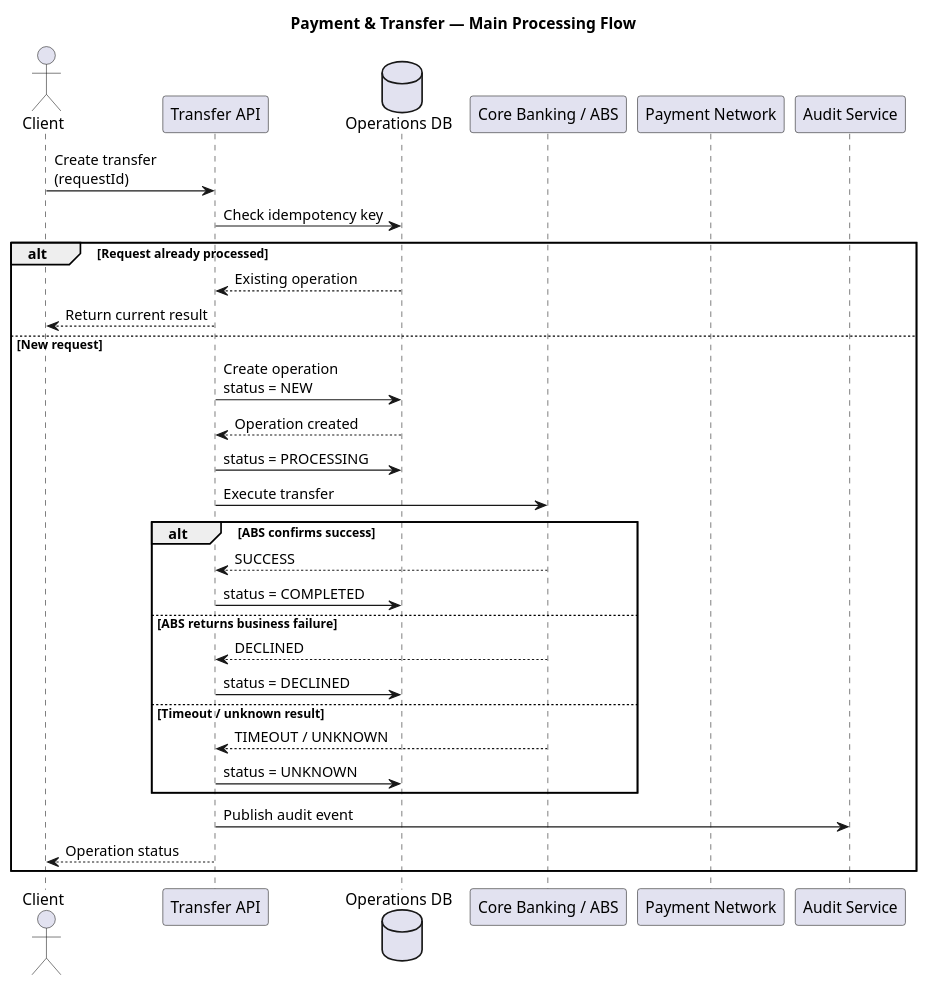
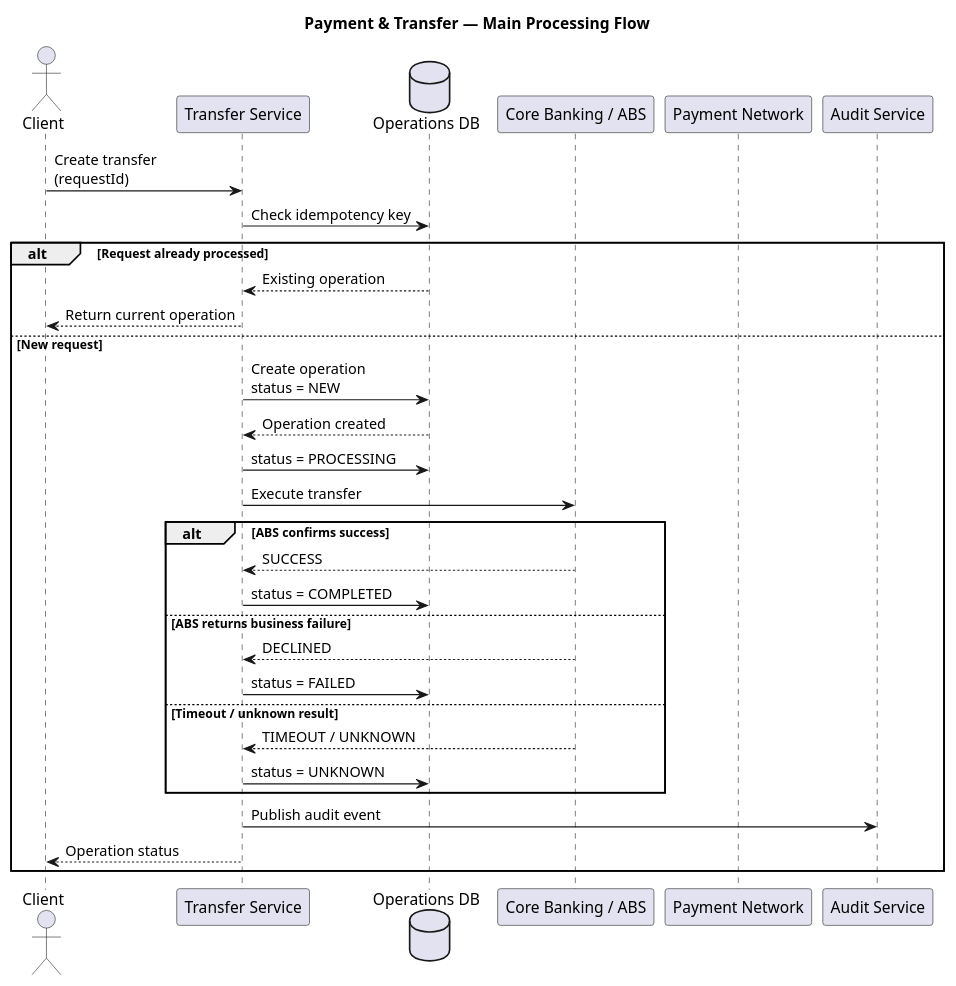
One commit to konstantin-kuzovkin/architecture-portfolio changed the diagram in 01-payment-transfer-architecture/diagrams/sequence.puml. Above: the diagram before and after it, drawn with PlantUML.

```diff
--- a/01-payment-transfer-architecture/diagrams/sequence.puml
+++ b/01-payment-transfer-architecture/diagrams/sequence.puml
@@ -1,32 +1,52 @@
 @startuml
+
 title Payment & Transfer — Main Processing Flow
+
 actor Client
-participant "Transfer API" as API
+participant "Transfer Service" as Transfer
 database "Operations DB" as DB
 participant "Core Banking / ABS" as ABS
 participant "Payment Network" as Network
 participant "Audit Service" as Audit
-Client -> API : Create transfer\n(requestId)
-API -> DB : Check idempotency key
+
+Client -> Transfer : Create transfer\n(requestId)
+
+Transfer -> DB : Check idempotency key
+
 alt Request already processed
-    DB --> API : Existing operation
-    API --> Client : Return current result
+
+    DB --> Transfer : Existing operation
+    Transfer --> Client : Return current operation
+
 else New request
-    API -> DB : Create operation\nstatus = NEW
-    DB --> API : Operation created
-    API -> DB : status = PROCESSING
-    API -> ABS : Execute transfer
+
+    Transfer -> DB : Create operation\nstatus = NEW
+    DB --> Transfer : Operation created
+
+    Transfer -> DB : status = PROCESSING
+
+    Transfer -> ABS : Execute transfer
+
     alt ABS confirms success
-        ABS --> API : SUCCESS
-        API -> DB : status = COMPLETED
+
+        ABS --> Transfer : SUCCESS
+        Transfer -> DB : status = COMPLETED
+
     else ABS returns business failure
-        ABS --> API : DECLINED
-        API -> DB : status = DECLINED
+
+        ABS --> Transfer : DECLINED
+        Transfer -> DB : status = FAILED
+
     else Timeout / unknown result
-        ABS --> API : TIMEOUT / UNKNOWN
-        API -> DB : status = UNKNOWN
+
+        ABS --> Transfer : TIMEOUT / UNKNOWN
+        Transfer -> DB : status = UNKNOWN
+
     end
-    API -> Audit : Publish audit event
-    API --> Client : Operation status
+
+    Transfer -> Audit : Publish audit event
+    Transfer --> Client : Operation status
+
 end
+
 @enduml
```
